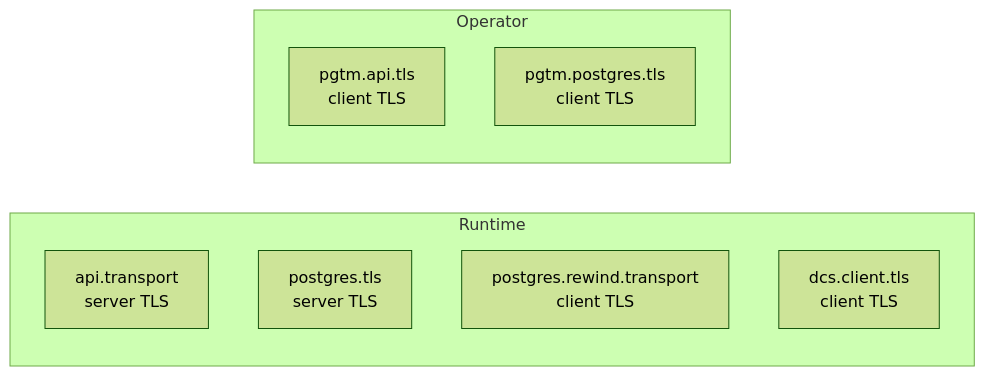
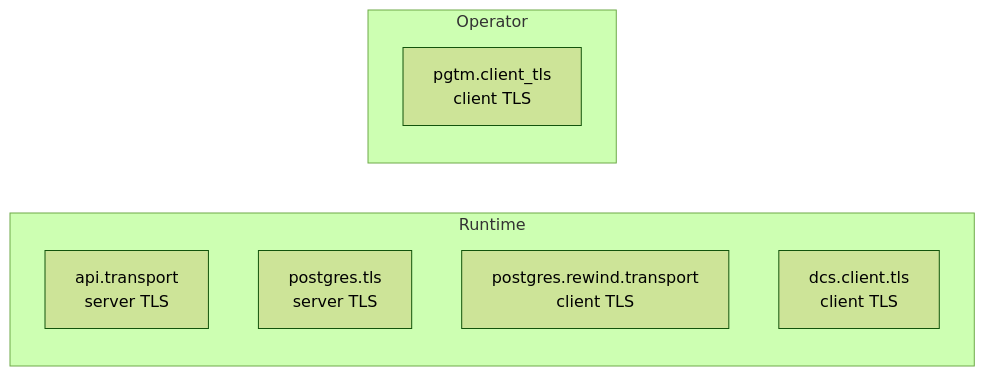
Before and after one commit to djosh34/pgtuskmaster_rust: the diagram in docs/src/reference/tls-configuration.md, drawn with Mermaid (forest theme). The commit also changed other lines of this file and 17 other files, not shown here.

First line of the commit message:
task finished 05-reduce-loop: flatten operator client tls input surface

````diff
--- a/docs/src/reference/tls-configuration.md
+++ b/docs/src/reference/tls-configuration.md
@@ -23,16 +22,15 @@
 ```mermaid
 flowchart LR
     subgraph Runtime
         direction TB
         api_server["api.transport<br/>server TLS"]
         pg_server["postgres.tls<br/>server TLS"]
         rewind_client["postgres.rewind.transport<br/>client TLS"]
         dcs_client["dcs.client.tls<br/>client TLS"]
     end
 
     subgraph Operator
         direction TB
-        pgtm_api["pgtm.api.tls<br/>client TLS"]
-        pgtm_pg["pgtm.postgres.tls<br/>client TLS"]
+        pgtm_client["pgtm.client_tls<br/>client TLS"]
     end
 ```
````
